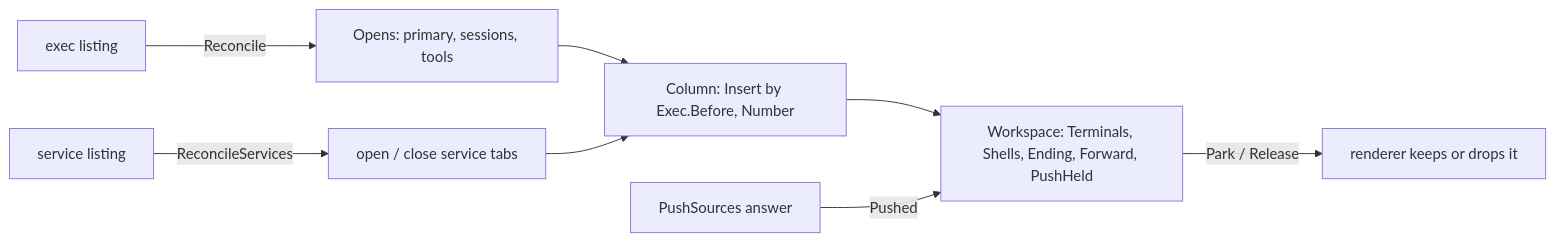
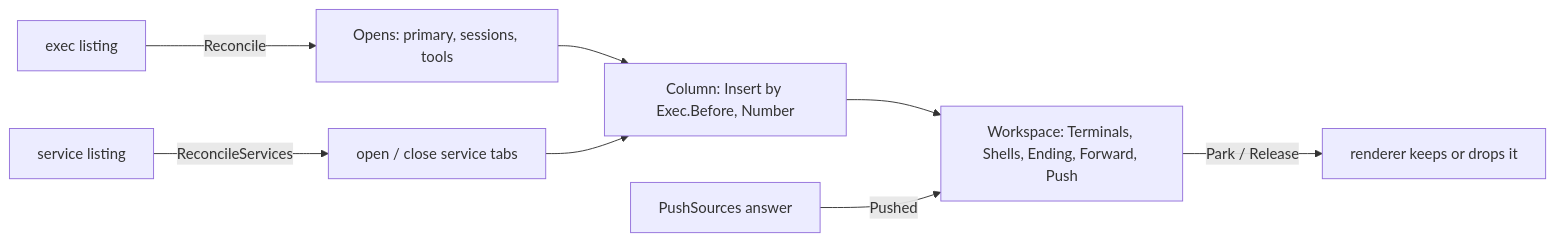
The fourth of 7 diagrams in cli/internal/console/DESIGN.md (discobox-ai/discobox), drawn with Mermaid before and after one commit. The commit also changed other lines of this file and 14 other files, not shown here.

````diff
--- a/cli/internal/console/DESIGN.md
+++ b/cli/internal/console/DESIGN.md
@@ -229,10 +229,10 @@
 ```mermaid
 flowchart LR
     X["exec listing"] -->|Reconcile| O["Opens: primary, sessions, tools"]
     V["service listing"] -->|ReconcileServices| SO["open / close service tabs"]
     O --> C["Column: Insert by Exec.Before, Number"]
     SO --> C
-    C --> W["Workspace: Terminals, Shells, Ending, Forward, PushHeld"]
+    C --> W["Workspace: Terminals, Shells, Ending, Forward, Push"]
     W -->|Park / Release| R["renderer keeps or drops it"]
     PS["PushSources answer"] -->|Pushed| W
 ```
````
